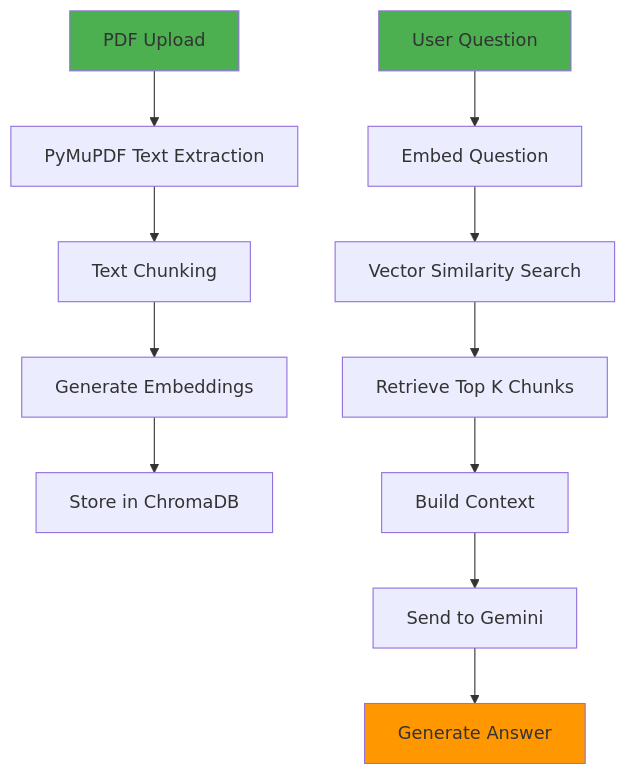
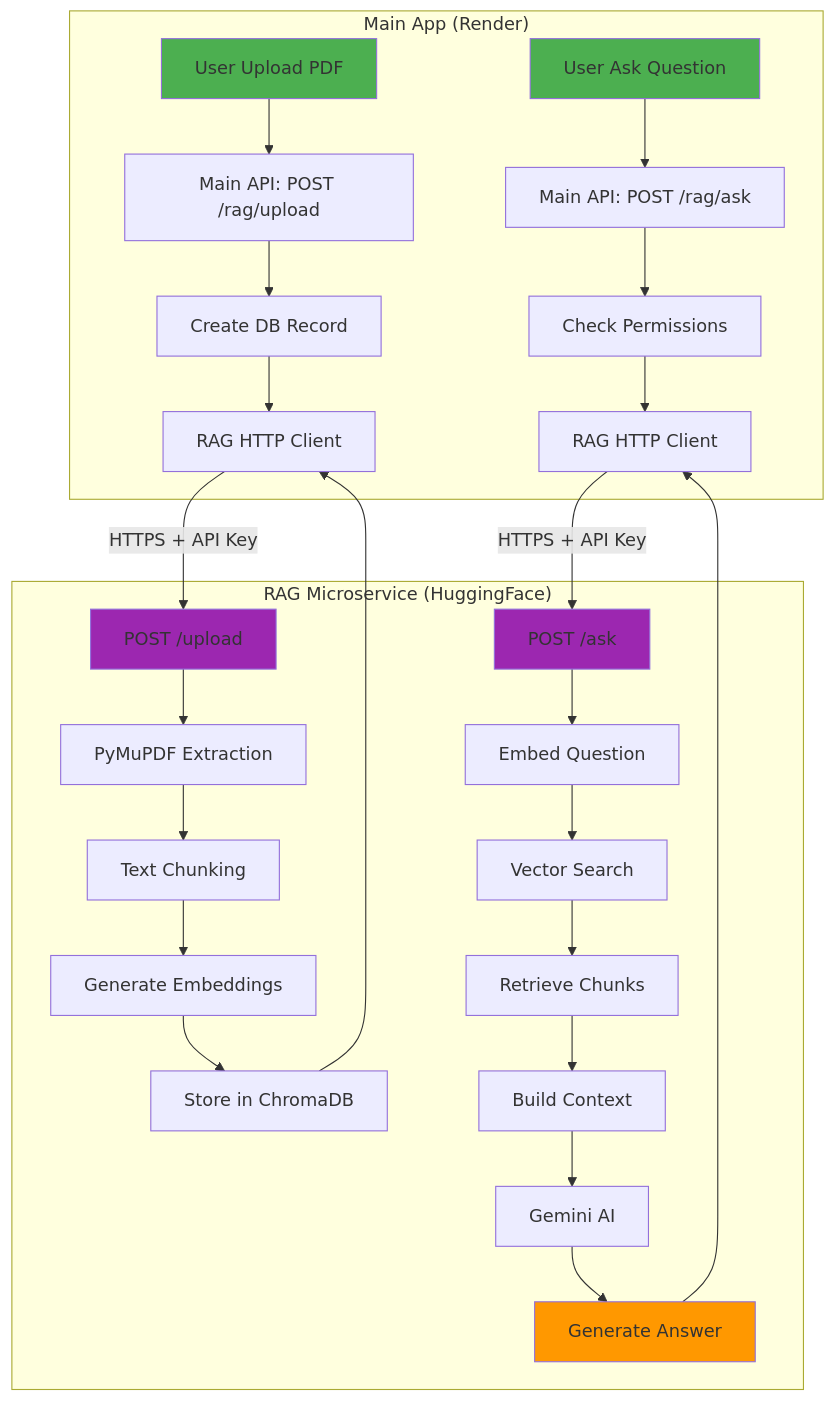
The third of 4 diagrams in PROJECT_REPORT.md (hiren0158/book-management-api), drawn with Mermaid before and after one commit. The commit also changed other lines of this file, not shown here.

First line of the commit message:
Update PROJECT_REPORT.md with RAG microservice architecture

````diff
--- a/PROJECT_REPORT.md
+++ b/PROJECT_REPORT.md
@@ -419,18 +448,37 @@
 ```mermaid
-graph TD
-    A[PDF Upload] --> B[PyMuPDF Text Extraction]
-    B --> C[Text Chunking]
-    C --> D[Generate Embeddings]
-    D --> E[Store in ChromaDB]
+graph TB
+    subgraph "Main App (Render)"
+        A[User Upload PDF] --> B[Main API: POST /rag/upload]
+        B --> C[Create DB Record]
+        C --> D[RAG HTTP Client]
+        
+        H[User Ask Question] --> I[Main API: POST /rag/ask]
+        I --> J[Check Permissions]
+        J --> K[RAG HTTP Client]
+    end
     
-    F[User Question] --> G[Embed Question]
-    G --> H[Vector Similarity Search]
-    H --> I[Retrieve Top K Chunks]
-    I --> J[Build Context]
-    J --> K[Send to Gemini]
-    K --> L[Generate Answer]
+    subgraph "RAG Microservice (HuggingFace)"
+        D -->|HTTPS + API Key| E[POST /upload]
+        E --> F[PyMuPDF Extraction]
+        F --> G[Text Chunking]
+        G --> M[Generate Embeddings]
+        M --> N[Store in ChromaDB]
+        
+        K -->|HTTPS + API Key| L[POST /ask]
+        L --> O[Embed Question]
+        O --> P[Vector Search]
+        P --> Q[Retrieve Chunks]
+        Q --> R[Build Context]
+        R --> S[Gemini AI]
+        S --> T[Generate Answer]
+    end
+    
+    T --> K
+    N --> D
     
     style A fill:#4CAF50
-    style F fill:#4CAF50
-    style L fill:#FF9800
+    style H fill:#4CAF50
+    style T fill:#FF9800
+    style E fill:#9C27B0
+    style L fill:#9C27B0
 ```
````
